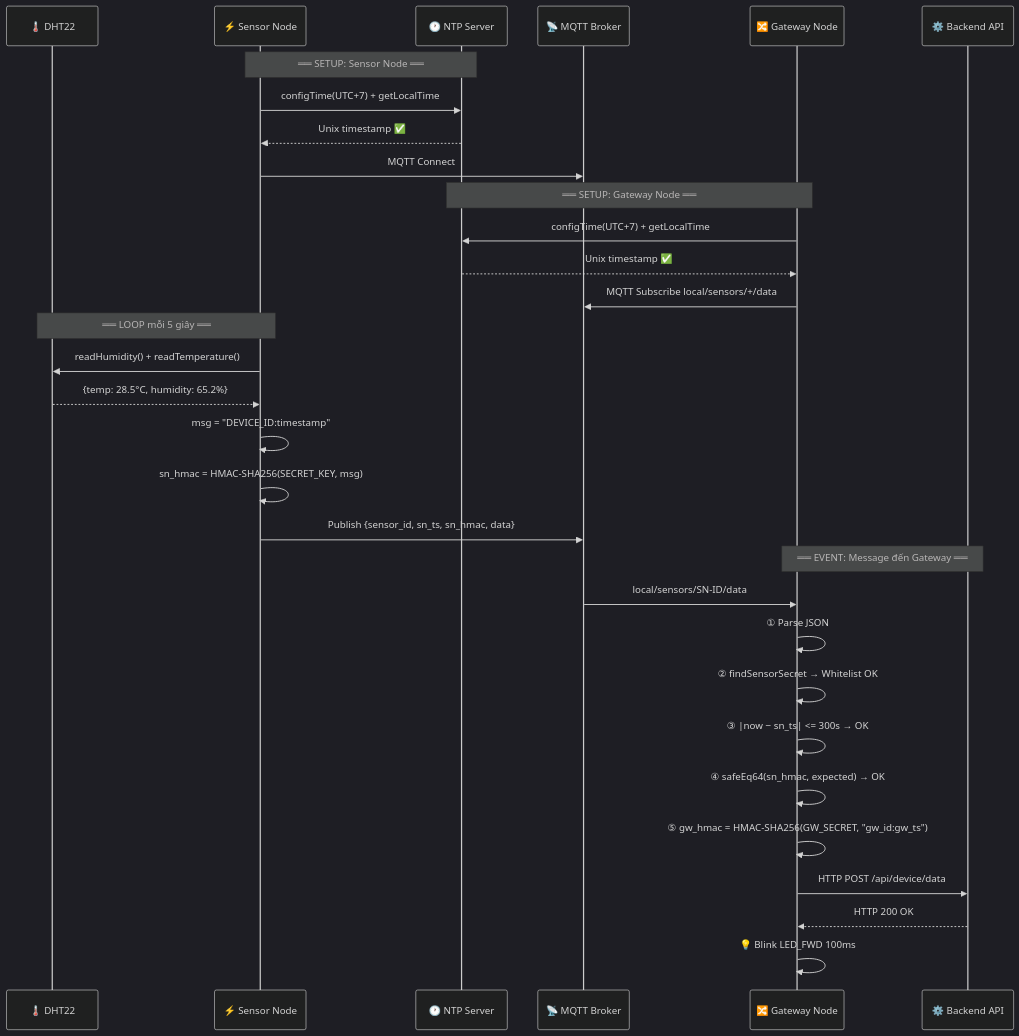
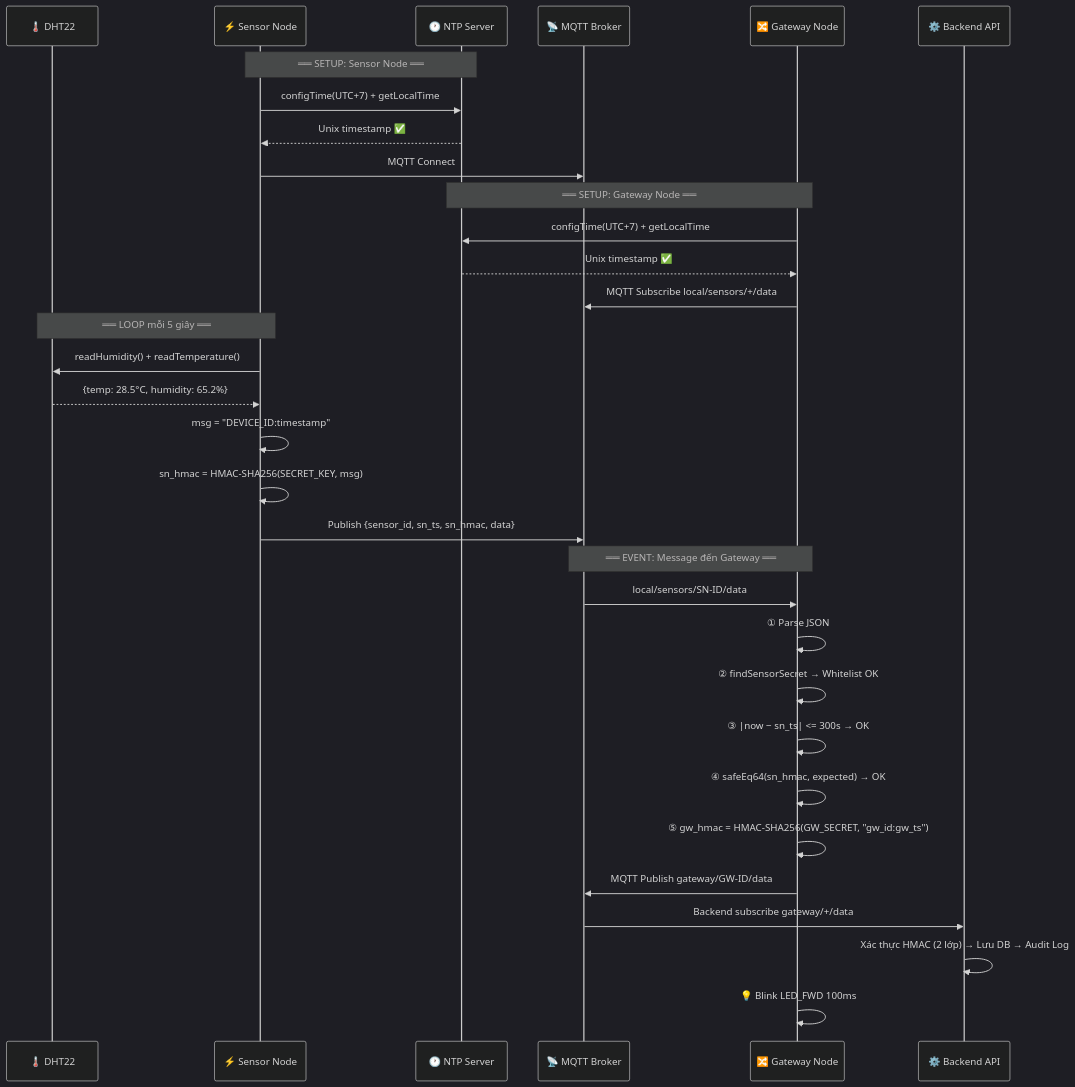
Before and after one commit to Noxxsanl/manageDeviceIoT: diagram 15 of 15 in FIRMWARE_FLOWCHART.md, drawn with Mermaid (dark theme). The commit also changed other lines of this file and 18 other files, not shown here.

````diff
--- a/FIRMWARE_FLOWCHART.md
+++ b/FIRMWARE_FLOWCHART.md
@@ -382,37 +384,38 @@
 ```mermaid
 sequenceDiagram
     participant DHT as 🌡️ DHT22
     participant SN as ⚡ Sensor Node
     participant NTP as 🕐 NTP Server
     participant MQ as 📡 MQTT Broker
     participant GW as 🔀 Gateway Node
     participant API as ⚙️ Backend API
 
     Note over SN,NTP: ══ SETUP: Sensor Node ══
     SN->>NTP: configTime(UTC+7) + getLocalTime
     NTP-->>SN: Unix timestamp ✅
     SN->>MQ: MQTT Connect
 
     Note over GW,NTP: ══ SETUP: Gateway Node ══
     GW->>NTP: configTime(UTC+7) + getLocalTime
     NTP-->>GW: Unix timestamp ✅
     GW->>MQ: MQTT Subscribe local/sensors/+/data
 
     Note over SN,DHT: ══ LOOP mỗi 5 giây ══
     SN->>DHT: readHumidity() + readTemperature()
     DHT-->>SN: {temp: 28.5°C, humidity: 65.2%}
     SN->>SN: msg = "DEVICE_ID:timestamp"
     SN->>SN: sn_hmac = HMAC-SHA256(SECRET_KEY, msg)
     SN->>MQ: Publish {sensor_id, sn_ts, sn_hmac, data}
 
-    Note over GW,API: ══ EVENT: Message đến Gateway ══
+    Note over GW,MQ: ══ EVENT: Message đến Gateway ══
     MQ->>GW: local/sensors/SN-ID/data
     GW->>GW: ① Parse JSON
     GW->>GW: ② findSensorSecret → Whitelist OK
     GW->>GW: ③ |now − sn_ts| <= 300s → OK
     GW->>GW: ④ safeEq64(sn_hmac, expected) → OK
     GW->>GW: ⑤ gw_hmac = HMAC-SHA256(GW_SECRET, "gw_id:gw_ts")
-    GW->>API: HTTP POST /api/device/data
-    API-->>GW: HTTP 200 OK
+    GW->>MQ: MQTT Publish gateway/GW-ID/data
+    MQ->>API: Backend subscribe gateway/+/data
+    API->>API: Xác thực HMAC (2 lớp) → Lưu DB → Audit Log
     GW->>GW: 💡 Blink LED_FWD 100ms
 ```
````
